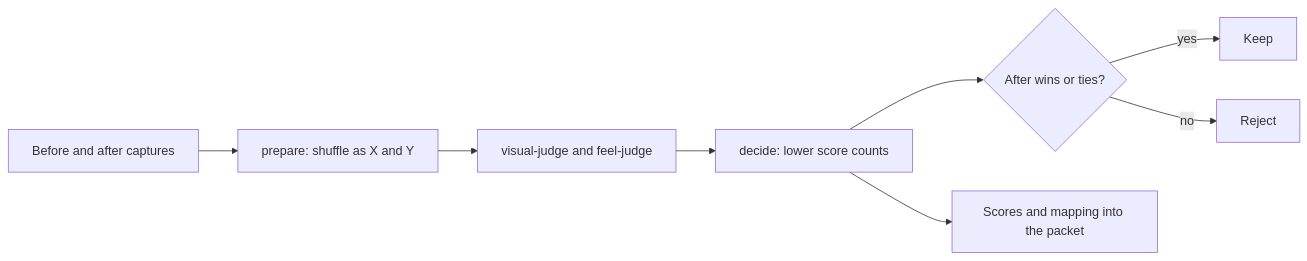
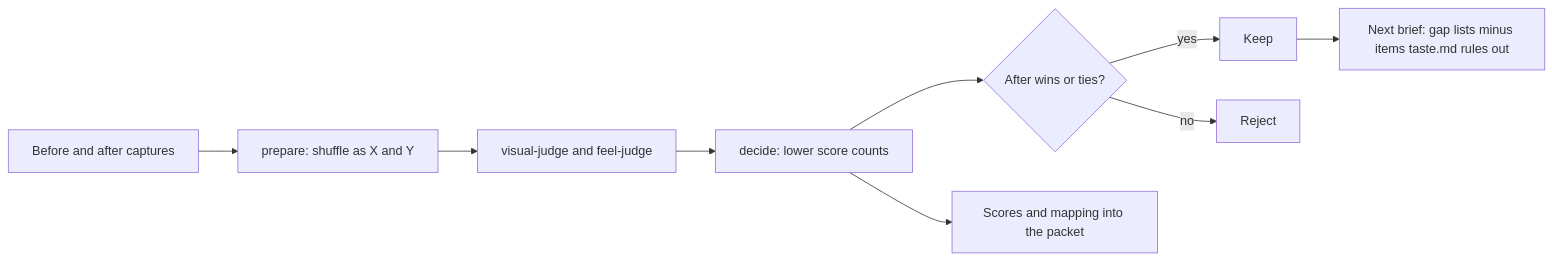
The diagram in skills/realtime/realtime-judge/README.md (willianjusten/agent-skills), drawn with Mermaid before and after one commit. The commit also changed other lines of this file and 1 other file, not shown here.

Commit message:
feat(realtime-judge): write the next brief from gap lists, with the user's taste as override

````diff
--- a/skills/realtime/realtime-judge/README.md
+++ b/skills/realtime/realtime-judge/README.md
@@ -7,10 +7,11 @@
 ```mermaid
 flowchart LR
   A[Before and after captures] --> B[prepare: shuffle as X and Y]
   B --> C[visual-judge and feel-judge]
   C --> D[decide: lower score counts]
   D --> E{After wins or ties?}
   E -- yes --> F[Keep]
   E -- no --> G[Reject]
+  F --> I[Next brief: gap lists minus items taste.md rules out]
   D --> H[Scores and mapping into the packet]
 ```
````
